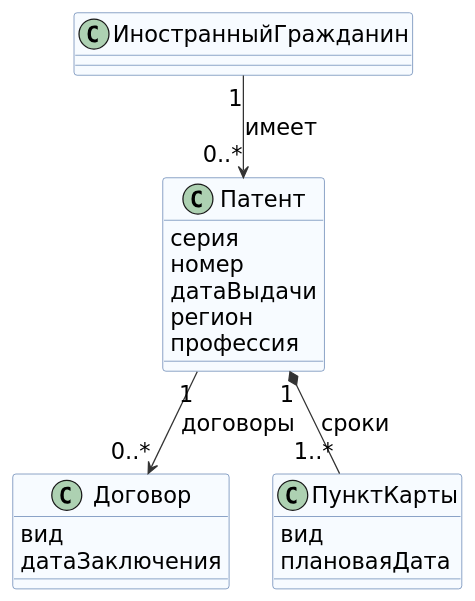
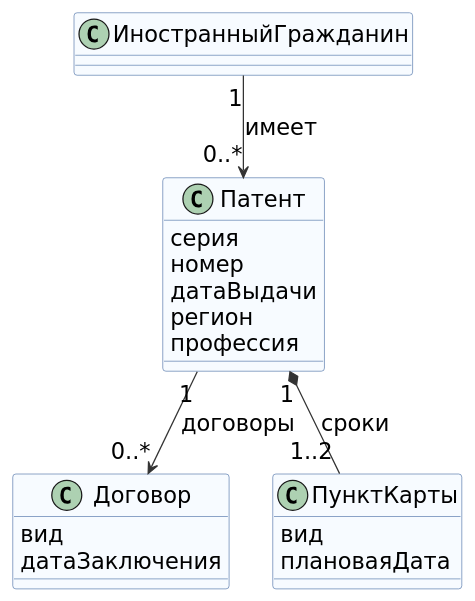
Before and after one commit to mflkee/study: the diagram in tsu/5sem/Функциональное моделирование систем/документы/src/class-diagram.puml, drawn with PlantUML. The commit also changed 5 other files, not shown here.

```diff
--- a/tsu/5sem/Функциональное моделирование систем/документы/src/class-diagram.puml
+++ b/tsu/5sem/Функциональное моделирование систем/документы/src/class-diagram.puml
@@ -1,36 +1,36 @@
 @startuml class-diagram
 ' Лаб. 2: модель предметной области. Четыре класса, только то, что нужно сценариям лабы 1.
 skinparam shadowing false
 skinparam defaultFontName "DejaVu Sans"
 skinparam defaultFontSize 18
 skinparam classAttributeIconSize 0
 skinparam class {
   BackgroundColor #F7FBFF
   BorderColor #4A6FA5
 }
 skinparam ArrowColor #333333
 
 class ИностранныйГражданин
 
 class Патент {
   серия
   номер
   датаВыдачи
   регион
   профессия
 }
 
 class Договор {
   вид
   датаЗаключения
 }
 
 class ПунктКарты {
   вид
   плановаяДата
 }
 
 ИностранныйГражданин "1" --> "0..*" Патент : имеет
 Патент "1" --> "0..*" Договор : договоры
-Патент "1" *-- "1..*" ПунктКарты : сроки
+Патент "1" *-- "1..2" ПунктКарты : сроки
 @enduml
```
